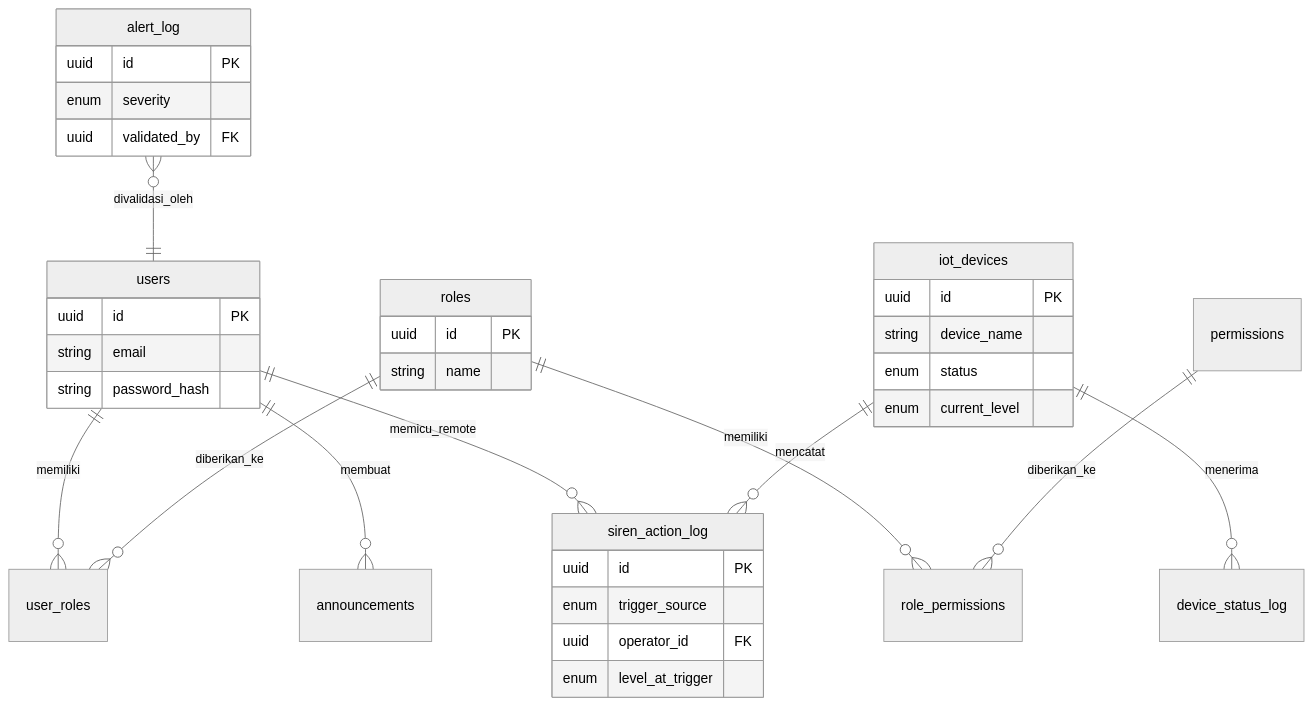
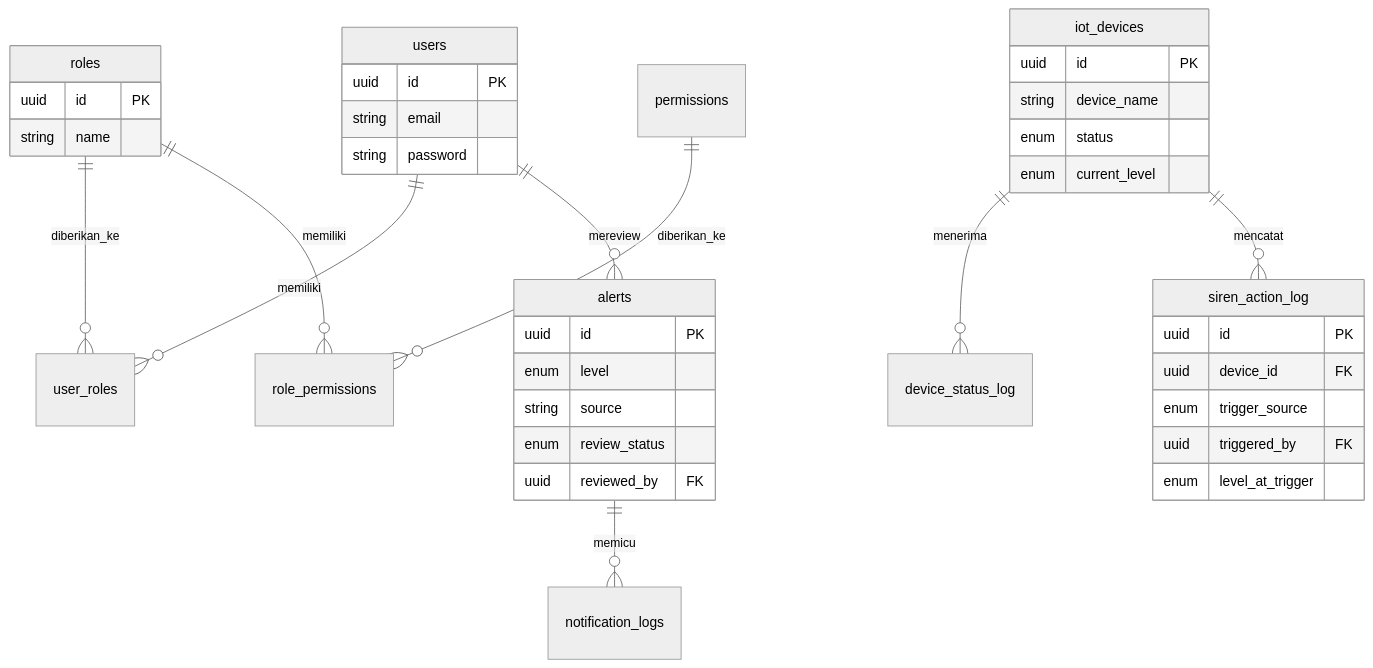
Before and after one commit to Vextronode/sigap_app: the diagram in docs/architecture/03_data_architecture.md, drawn with Mermaid (neutral theme). The commit also changed other lines of this file and 34 other files, not shown here.

````diff
--- a/docs/architecture/03_data_architecture.md
+++ b/docs/architecture/03_data_architecture.md
@@ -7,41 +7,43 @@
 ```mermaid
 erDiagram
     users ||--o{ user_roles : memiliki
     roles ||--o{ user_roles : diberikan_ke
     roles ||--o{ role_permissions : memiliki
     permissions ||--o{ role_permissions : diberikan_ke
-    users ||--o{ announcements : membuat
-    users ||--o{ siren_action_log : memicu_remote
+    users ||--o{ alerts : mereview
 
     iot_devices ||--o{ device_status_log : menerima
     iot_devices ||--o{ siren_action_log : mencatat
 
-    alert_log }o--|| users : divalidasi_oleh
+    alerts ||--o{ notification_logs : memicu
 
     users {
         uuid id PK
         string email
-        string password_hash
+        string password
     }
     roles {
         uuid id PK
         string name
     }
     iot_devices {
         uuid id PK
         string device_name
         enum status
         enum current_level
     }
     siren_action_log {
         uuid id PK
+        uuid device_id FK
         enum trigger_source
-        uuid operator_id FK
+        uuid triggered_by FK
         enum level_at_trigger
     }
-    alert_log {
+    alerts {
         uuid id PK
-        enum severity
-        uuid validated_by FK
+        enum level
+        string source
+        enum review_status
+        uuid reviewed_by FK
     }
 ```
````
